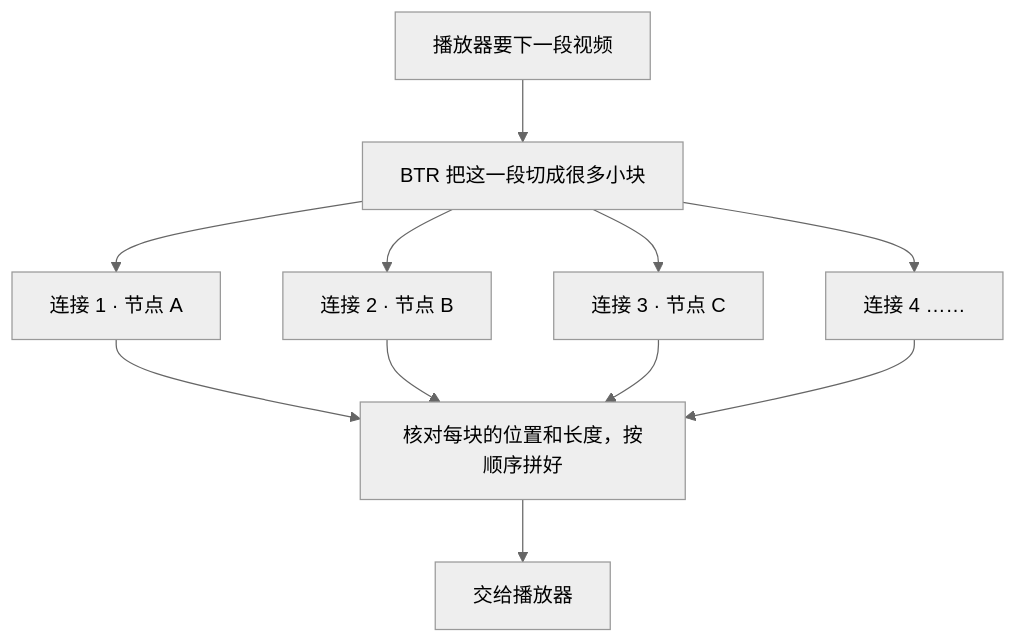
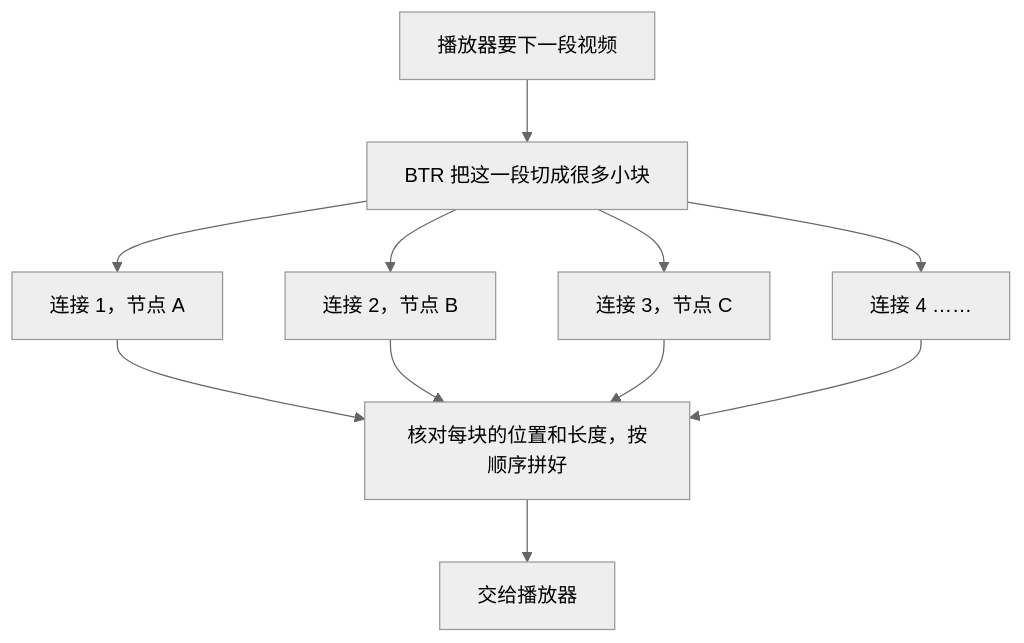
One commit to MrTangLuyao/Bilibili-thread-ripper changed the diagram in README.md. Above: the diagram before and after it, drawn with Mermaid (neutral theme). The commit also changed other lines of this file and 5 other files, not shown here.

````diff
--- a/README.md
+++ b/README.md
@@ -136,7 +82,7 @@
 ```mermaid
 flowchart TD
     A["播放器要下一段视频"] --> B["BTR 把这一段切成很多小块"]
-    B --> C1["连接 1 · 节点 A"] & C2["连接 2 · 节点 B"] & C3["连接 3 · 节点 C"] & C4["连接 4 ……"]
+    B --> C1["连接 1，节点 A"] & C2["连接 2，节点 B"] & C3["连接 3，节点 C"] & C4["连接 4 ……"]
     C1 & C2 & C3 & C4 --> D["核对每块的位置和长度，按顺序拼好"]
     D --> E["交给播放器"]
 ```
````
